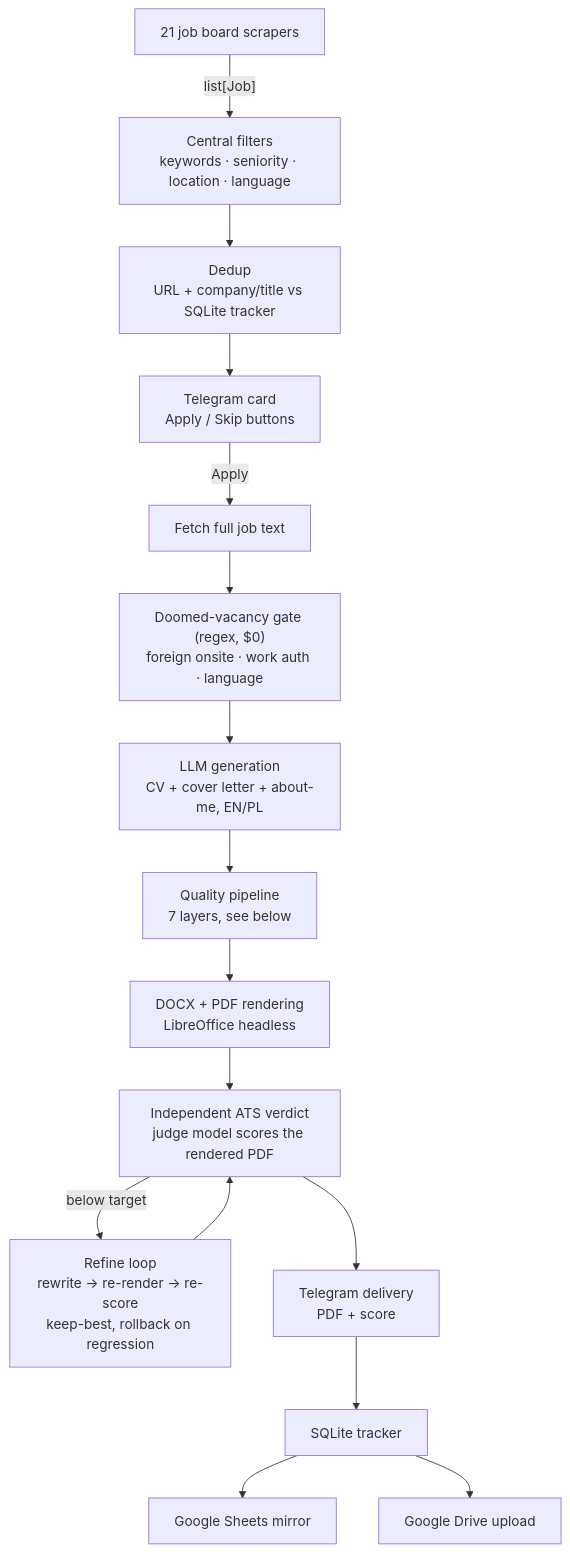
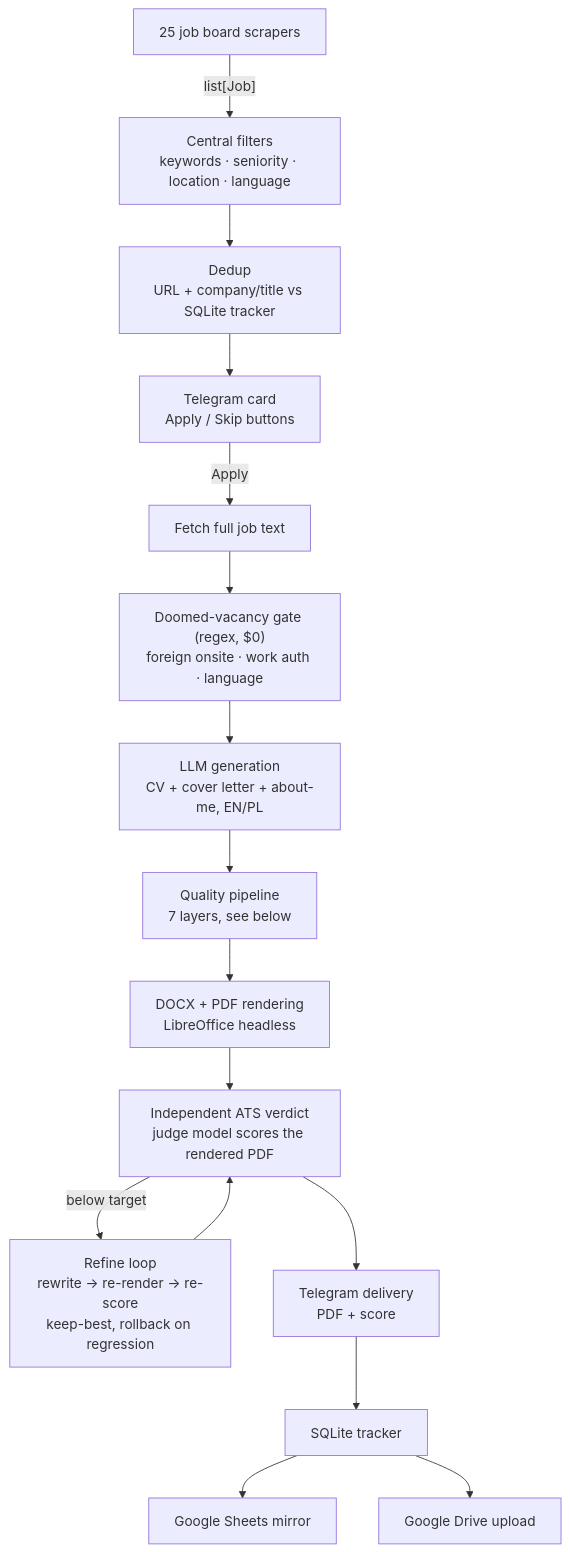
One commit to igrdevelop/job-hunter changed the diagram in README.md. Above: the diagram before and after it, drawn with Mermaid. The commit also changed other lines of this file and 15 other files, not shown here.

````diff
--- a/README.md
+++ b/README.md
@@ -49,18 +49,18 @@
 ```mermaid
 flowchart TD
-    A[21 job board scrapers] -->|"list[Job]"| B[Central filters<br/>keywords · seniority · location · language]
+    A[25 job board scrapers] -->|"list[Job]"| B[Central filters<br/>keywords · seniority · location · language]
     B --> C[Dedup<br/>URL + company/title vs SQLite tracker]
     C --> D[Telegram card<br/>Apply / Skip buttons]
     D -->|Apply| E[Fetch full job text]
     E --> F["Doomed-vacancy gate (regex, $0)<br/>foreign onsite · work auth · language"]
     F --> G[LLM generation<br/>CV + cover letter + about-me, EN/PL]
     G --> H[Quality pipeline<br/>7 layers, see below]
     H --> I[DOCX + PDF rendering<br/>LibreOffice headless]
     I --> J["Independent ATS verdict<br/>judge model scores the rendered PDF"]
     J -->|below target| K[Refine loop<br/>rewrite → re-render → re-score<br/>keep-best, rollback on regression]
     K --> J
     J --> L[Telegram delivery<br/>PDF + score]
     L --> M[SQLite tracker]
     M --> N[Google Sheets mirror]
     M --> O[Google Drive upload]
 ```
````
